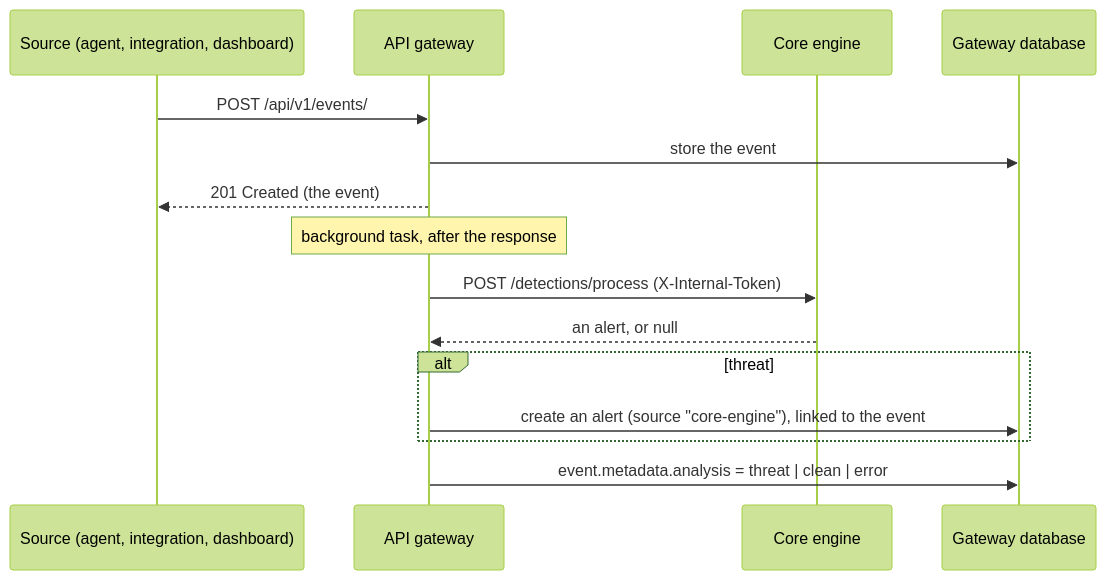
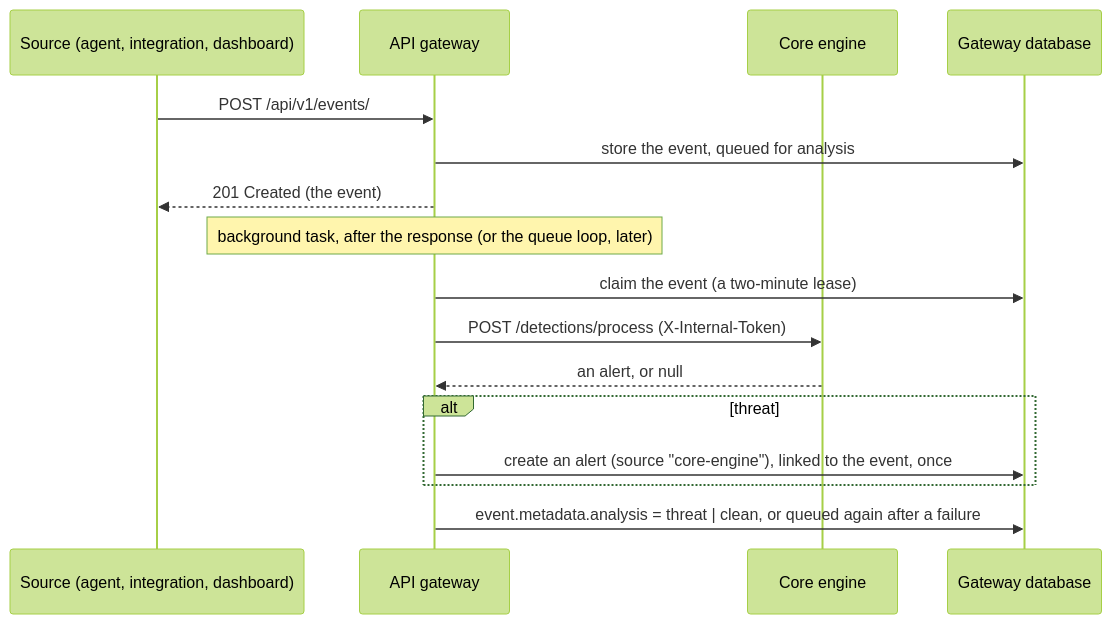
One commit to Alex-Muhscience/UTDRS-Capstone-Project changed the diagram in services/api-gateway/README.md. Above: the diagram before and after it, drawn with Mermaid (forest theme). The commit also changed other lines of this file and 25 other files, not shown here.

First line of the commit message:
Analyse every event: a durable queue with retries and replay

````diff
--- a/services/api-gateway/README.md
+++ b/services/api-gateway/README.md
@@ -9,17 +9,18 @@
 ```mermaid
 sequenceDiagram
   participant S as Source (agent, integration, dashboard)
   participant G as API gateway
   participant E as Core engine
   participant DB as Gateway database
   S->>G: POST /api/v1/events/
-  G->>DB: store the event
+  G->>DB: store the event, queued for analysis
   G-->>S: 201 Created (the event)
-  Note over G: background task, after the response
+  Note over G: background task, after the response (or the queue loop, later)
+  G->>DB: claim the event (a two-minute lease)
   G->>E: POST /detections/process (X-Internal-Token)
   E-->>G: an alert, or null
   alt threat
-    G->>DB: create an alert (source "core-engine"), linked to the event
+    G->>DB: create an alert (source "core-engine"), linked to the event, once
   end
-  G->>DB: event.metadata.analysis = threat | clean | error
+  G->>DB: event.metadata.analysis = threat | clean, or queued again after a failure
 ```
````
